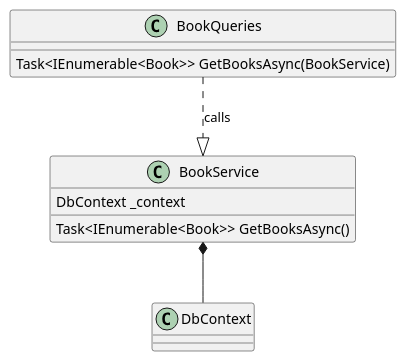
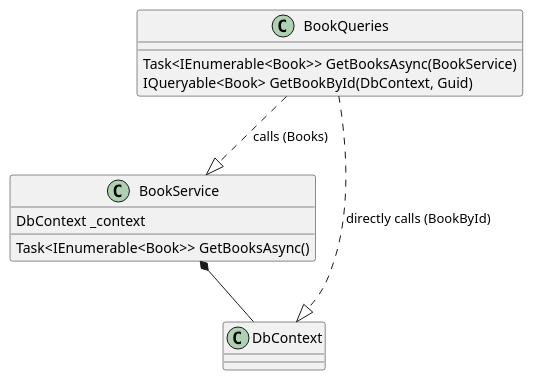
The diagram in diagrams/architecture.puml (kwstnr/HotChocolateSandbox), drawn with PlantUML before and after one commit. The commit also changed 3 other files, not shown here.

```diff
--- a/diagrams/architecture.puml
+++ b/diagrams/architecture.puml
@@ -1,15 +1,17 @@
 @startuml
 class BookQueries {
     Task<IEnumerable<Book>> GetBooksAsync(BookService)
+    IQueryable<Book> GetBookById(DbContext, Guid)
 }
 
 class BookService {
     DbContext _context
     Task<IEnumerable<Book>> GetBooksAsync()
 }
 
 class DbContext
 
-BookQueries ..|> BookService : calls
+BookQueries ..|> BookService : calls (Books)
+BookQueries ..|> DbContext : directly calls (BookById)
 BookService *-- DbContext
 @enduml
```
